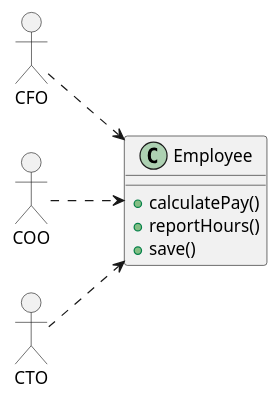
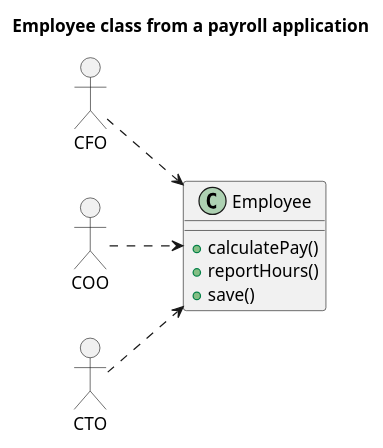
The first of 2 diagrams in pages/Robert C. Martin - Clean Architecture A Craftsman's Guide to Software Structure and Design.md (huland/logseq-notes), drawn with PlantUML before and after one commit. The commit also changed other lines of this file, not shown here.

```diff
--- a/pages/Robert C. Martin - Clean Architecture A Craftsman's Guide to Software Structure and Design.md
+++ b/pages/Robert C. Martin - Clean Architecture A Craftsman's Guide to Software Structure and Design.md
@@ -44,18 +44,19 @@
 				  @startuml
 				  
 				  allowmixing
 				  left to right direction
 				  
+				  Title Employee class from a payroll application
 				  actor CFO
 				  actor COO
 				  actor CTO
 				  
 				  class Employee {
 				    +calculatePay()
 				    +reportHours()
 				    +save()
 				  } 
 				  CFO ..> Employee
 				  COO ..> Employee
 				  CTO ..> Employee
 				  @enduml
```
